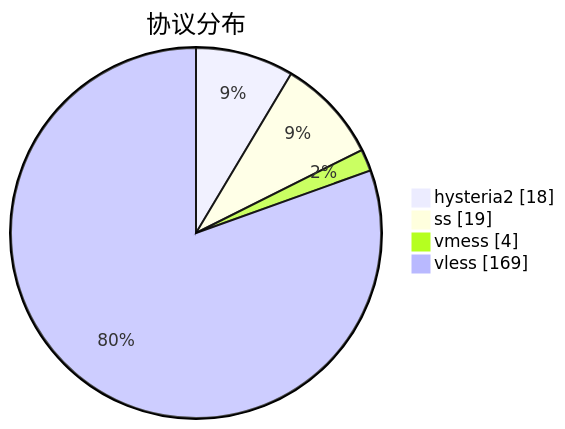
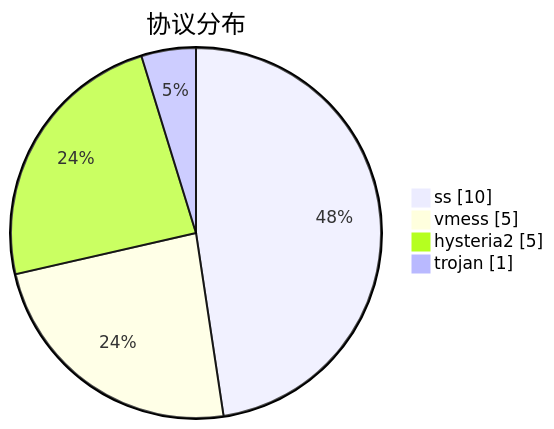
The third of 3 diagrams in subs/statistics/tested_within.md (sinspired/airport), drawn with Mermaid before and after one commit. The commit also changed other lines of this file and 2 other files, not shown here.

````diff
--- a/subs/statistics/tested_within.md
+++ b/subs/statistics/tested_within.md
@@ -29,8 +17,8 @@
 ```mermaid
 pie showData
 title 协议分布
-"hysteria2" : 18
-"ss" : 19
-"vmess" : 4
-"vless" : 169
+"ss" : 10
+"vmess" : 5
+"hysteria2" : 5
+"trojan" : 1
 ```
````
